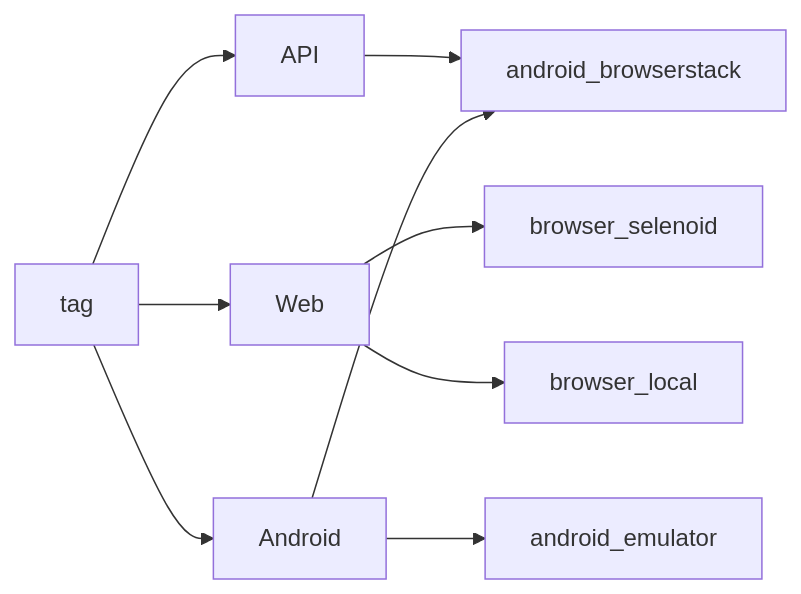
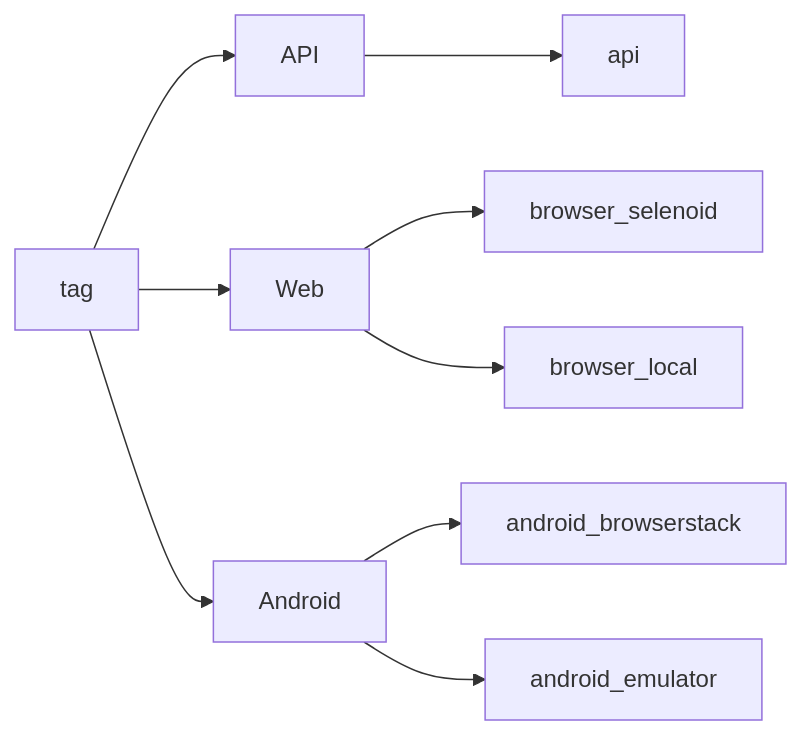
Before and after one commit to xeleron88/dostavka.magnit.ru_UI_API_MOBILE_test: the diagram in README.md, drawn with Mermaid.

````diff
--- a/README.md
+++ b/README.md
@@ -97,11 +97,11 @@
 ```mermaid
 graph LR
 A[tag] --> B[API]
-B --> G[api]
 A --> C[Web]
 A --> D[Android]
+B --> K[api]
 C --> E[browser_selenoid]
 C --> F[browser_local]
 D --> G[android_browserstack]
 D --> H[android_emulator]
 ```
````
